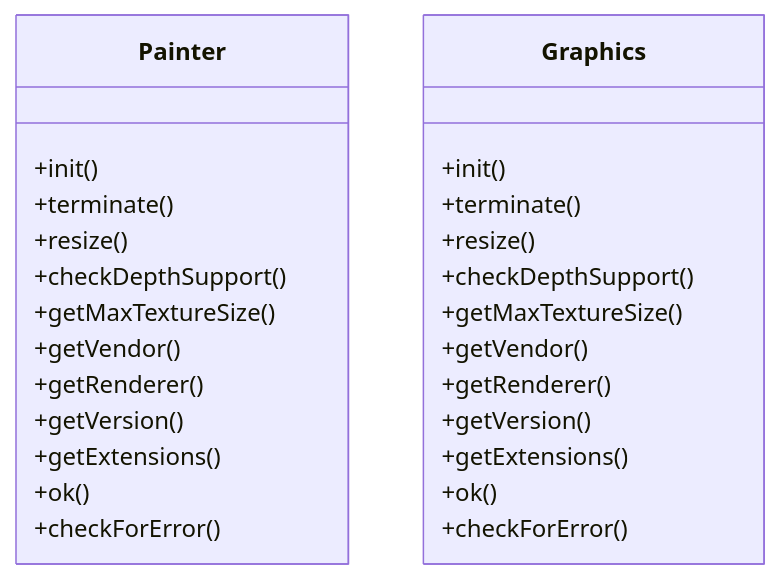
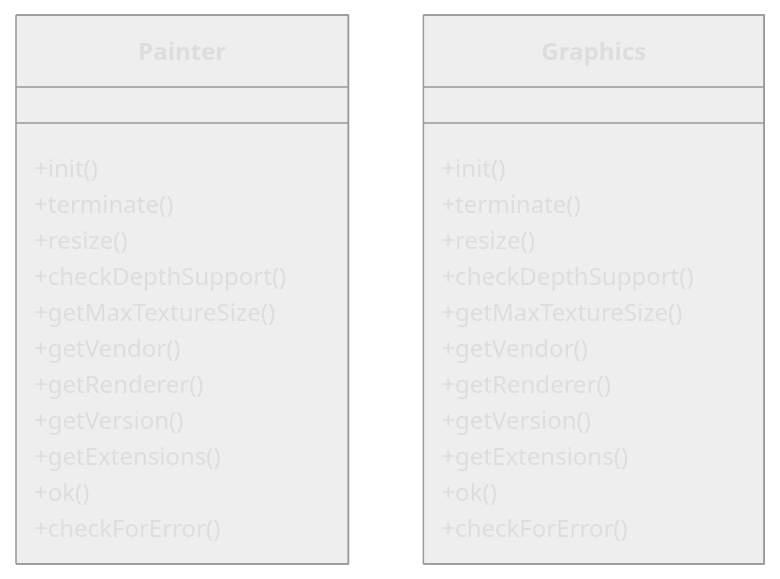
Before and after one commit to lukaszj321/otcv8-dev: the diagram in docs/authoring/01_core/api/diagrams/graphics.mmd, drawn with Mermaid. The commit also changed 423 other files, not shown here.

Commit message:
Add QA checker, Mermaid fixes, and comprehensive documentation

```diff
--- a/docs/authoring/01_core/api/diagrams/graphics.mmd
+++ b/docs/authoring/01_core/api/diagrams/graphics.mmd
@@ -1,27 +1,28 @@
+%%{init: { 'theme': 'neutral', 'themeVariables': { 'primaryTextColor': '#ddd', 'lineColor': '#9aa0a6' } }}%%
 classDiagram
     class Painter {
         +init()
         +terminate()
         +resize()
         +checkDepthSupport()
         +getMaxTextureSize()
         +getVendor()
         +getRenderer()
         +getVersion()
         +getExtensions()
         +ok()
         +checkForError()
     }
     class Graphics {
         +init()
         +terminate()
         +resize()
         +checkDepthSupport()
         +getMaxTextureSize()
         +getVendor()
         +getRenderer()
         +getVersion()
         +getExtensions()
         +ok()
         +checkForError()
     }
```
